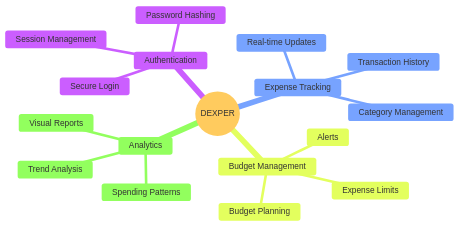
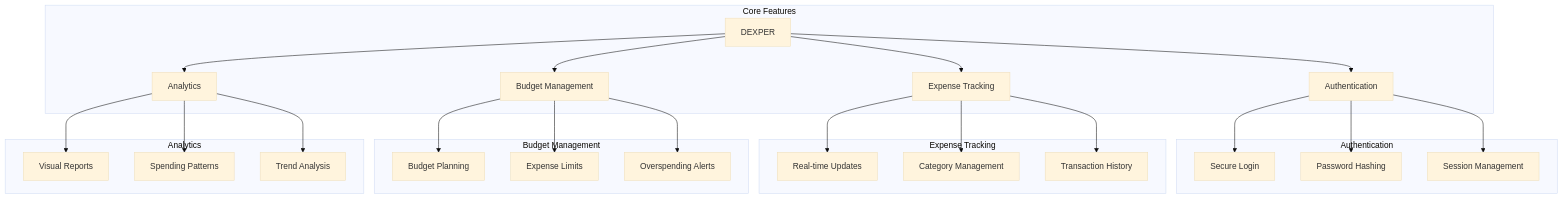
The third of 8 diagrams in README.md (RajaMahanty/dexper), drawn with Mermaid (base theme) before and after one commit. The commit also changed other lines of this file, not shown here.

````diff
--- a/README.md
+++ b/README.md
@@ -51,20 +51,33 @@
 ```mermaid
-mindmap
-  root((DEXPER))
-    Authentication
-      Secure Login
-      Password Hashing
-      Session Management
-    Expense Tracking
-      Real-time Updates
-      Category Management
-      Transaction History
-    Budget Management
-      Budget Planning
-      Expense Limits
-      Alerts
-    Analytics
-      Visual Reports
-      Spending Patterns
-      Trend Analysis
+graph TB
+    subgraph Core Features
+        A[DEXPER] --> B[Authentication]
+        A --> C[Expense Tracking]
+        A --> D[Budget Management]
+        A --> E[Analytics]
+    end
+
+    subgraph Authentication
+        B --> B1[Secure Login]
+        B --> B2[Password Hashing]
+        B --> B3[Session Management]
+    end
+
+    subgraph Expense Tracking
+        C --> C1[Real-time Updates]
+        C --> C2[Category Management]
+        C --> C3[Transaction History]
+    end
+
+    subgraph Budget Management
+        D --> D1[Budget Planning]
+        D --> D2[Expense Limits]
+        D --> D3[Overspending Alerts]
+    end
+
+    subgraph Analytics
+        E --> E1[Visual Reports]
+        E --> E2[Spending Patterns]
+        E --> E3[Trend Analysis]
+    end
 ```
````
